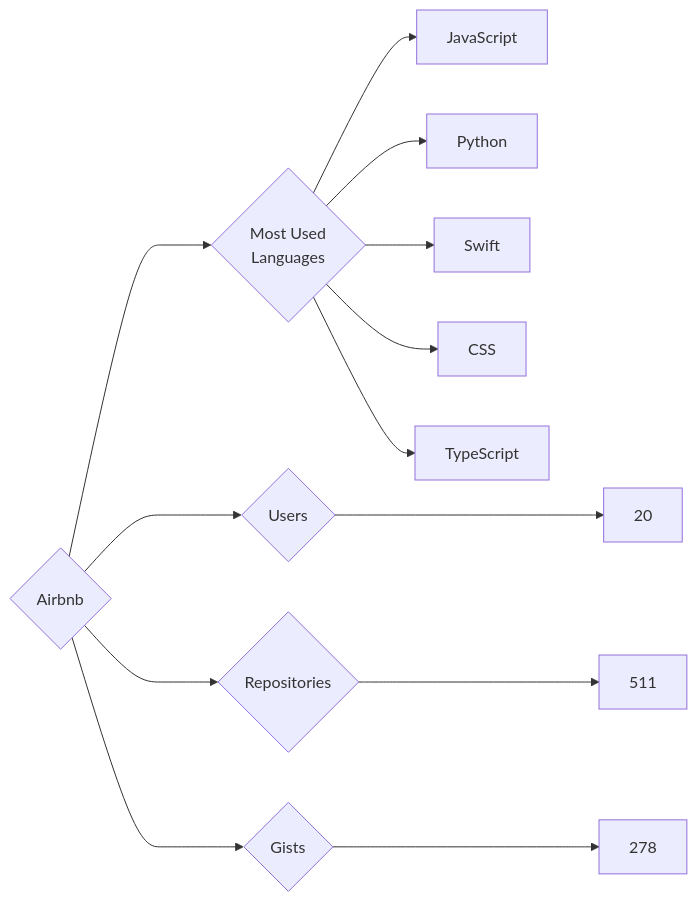
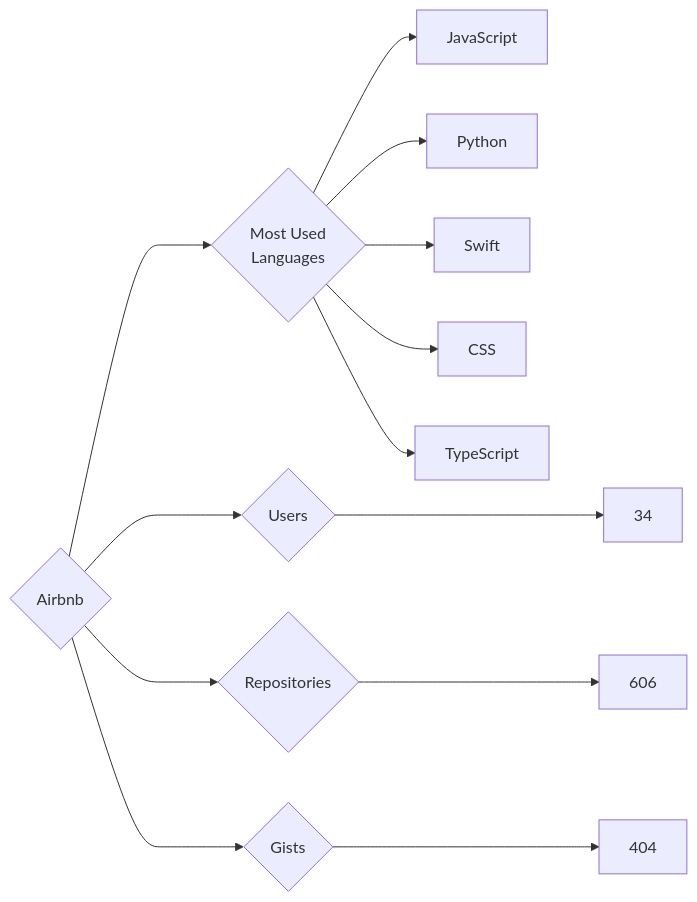
The diagram in targets/Airbnb/README.md (trickest/insiders), drawn with Mermaid before and after one commit. The commit also changed 633 other files, not shown here.

````diff
--- a/targets/Airbnb/README.md
+++ b/targets/Airbnb/README.md
@@ -3,13 +3,13 @@
 ```mermaid
 graph LR
 COMPANY_NAME{Airbnb}
-COMPANY_NAME ---> U{Users} ---> UN[20]
-COMPANY_NAME ---> R{Repositories} ---> RN[511]
-COMPANY_NAME ---> G{Gists} ---> GN[278]
+COMPANY_NAME ---> U{Users} ---> UN[34]
+COMPANY_NAME ---> R{Repositories} ---> RN[606]
+COMPANY_NAME ---> G{Gists} ---> GN[404]
 COMPANY_NAME ---> ML{Most Used<br>Languages}
 ML --> JavaScript[JavaScript]
 ML --> Python[Python]
 ML --> Swift[Swift]
 ML --> CSS[CSS]
 ML --> TypeScript[TypeScript]
 ```
````
